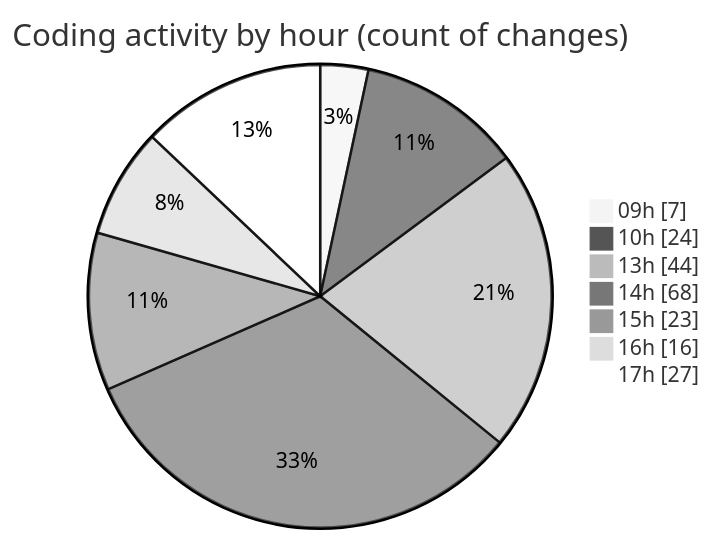
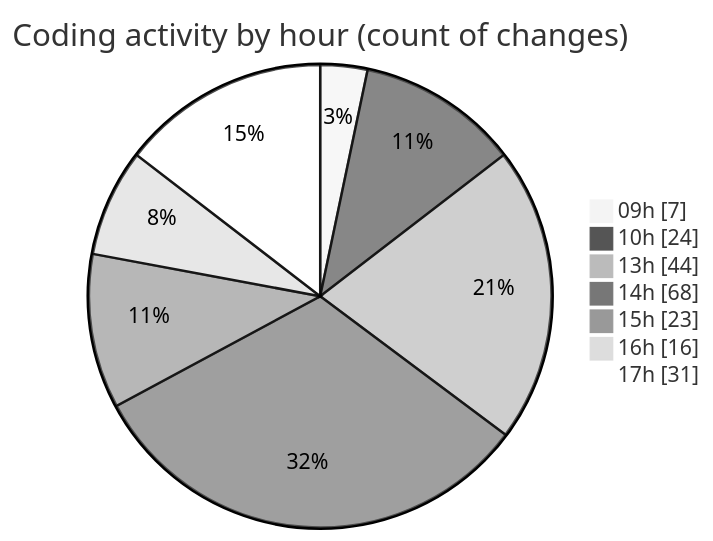
One commit to momahboobian/code-tracking changed the second of 2 diagrams in 2025-04-10/cda/README.md. Above: the diagram before and after it, drawn with Mermaid (neutral theme). The commit also changed other lines of this file and 1 other file, not shown here.

````diff
--- a/2025-04-10/cda/README.md
+++ b/2025-04-10/cda/README.md
@@ -35,11 +35,11 @@
 ```mermaid
 pie showData
 title Coding activity by hour (count of changes)
 "09h" : 7
 "10h" : 24
 "13h" : 44
 "14h" : 68
 "15h" : 23
 "16h" : 16
-"17h" : 27
+"17h" : 31
 ```
````
